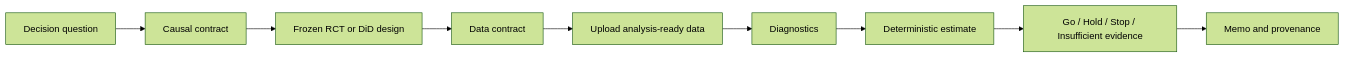
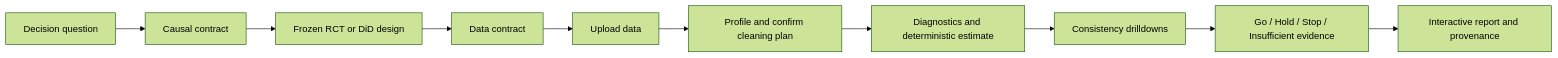
Before and after one commit to jingyu-ruan/causal-agent: the diagram in README.md, drawn with Mermaid (forest theme). The commit also changed other lines of this file and 26 other files, not shown here.

First line of the commit message:
Add confirmed data preparation and drilldowns (#3)

````diff
--- a/README.md
+++ b/README.md
@@ -13,11 +13,12 @@
 ```mermaid
 flowchart LR
     A["Decision question"] --> B["Causal contract"]
     B --> C["Frozen RCT or DiD design"]
     C --> D["Data contract"]
-    D --> E["Upload analysis-ready data"]
-    E --> F["Diagnostics"]
-    F --> G["Deterministic estimate"]
-    G --> H["Go / Hold / Stop / Insufficient evidence"]
-    H --> I["Memo and provenance"]
+    D --> E["Upload data"]
+    E --> F["Profile and confirm cleaning plan"]
+    F --> G["Diagnostics and deterministic estimate"]
+    G --> H["Consistency drilldowns"]
+    H --> I["Go / Hold / Stop / Insufficient evidence"]
+    I --> J["Interactive report and provenance"]
 ```
````
